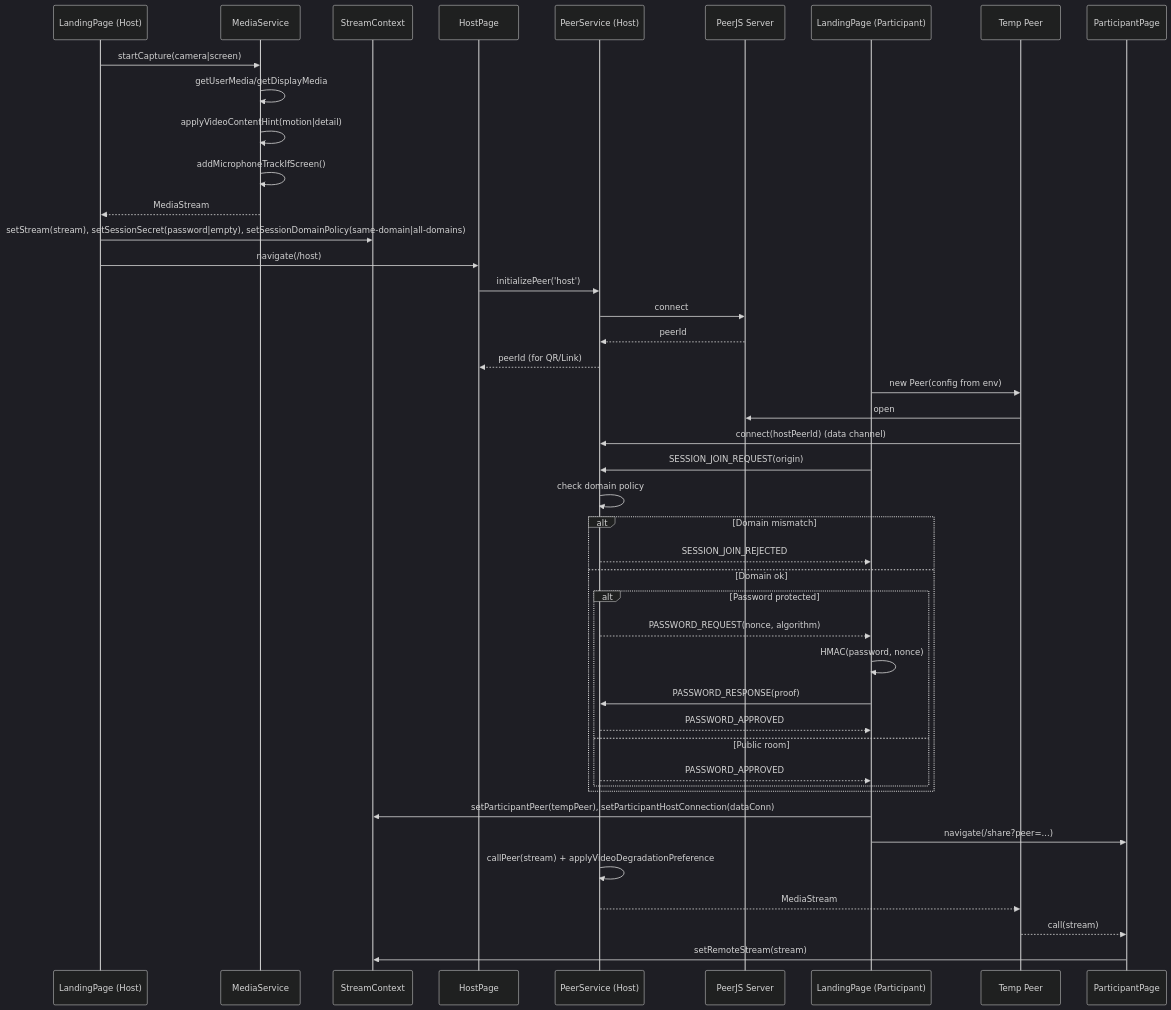
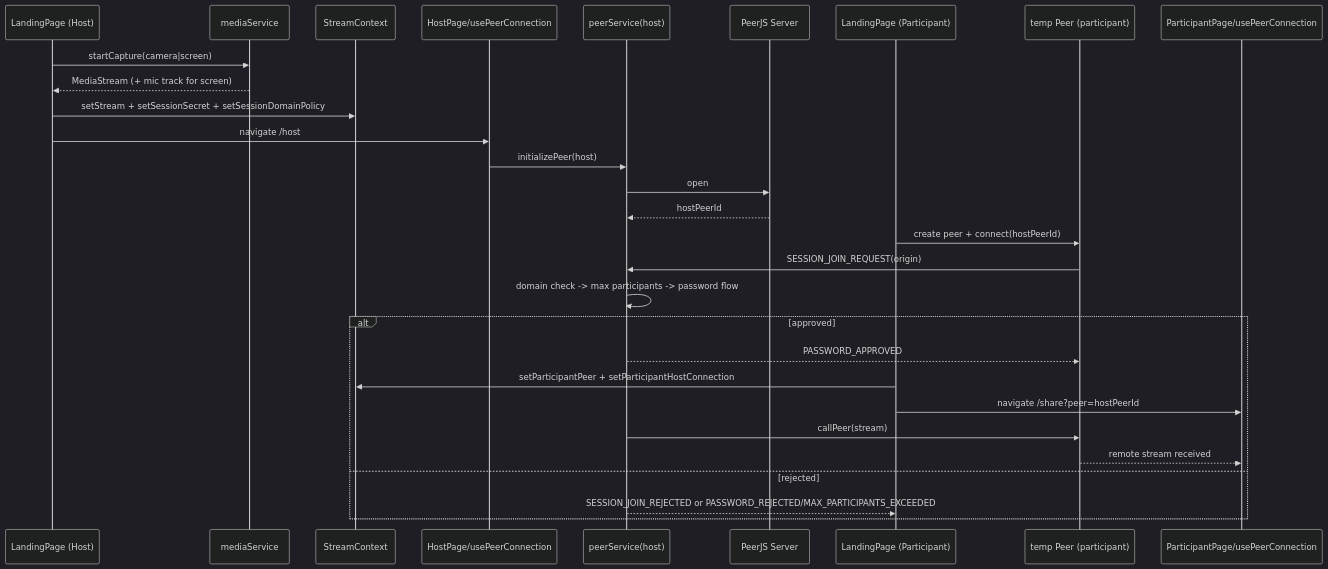
Before and after one commit to BackGwa/Perspective: the second of 6 diagrams in ARCHITECTURE.md, drawn with Mermaid (dark theme). The commit also changed other lines of this file, not shown here.

Commit message:
docs: simplify architecture diagrams while preserving core flows

````diff
--- a/ARCHITECTURE.md
+++ b/ARCHITECTURE.md
@@ -8,51 +26,33 @@
 ```mermaid
 sequenceDiagram
-    participant HostLP as LandingPage (Host)
-    participant MS as MediaService
-    participant SC as StreamContext
-    participant HostPage as HostPage
-    participant PS as PeerService (Host)
-    participant Server as PeerJS Server
-    participant PartLP as LandingPage (Participant)
-    participant PPeer as Temp Peer
-    participant PartPage as ParticipantPage
+    participant L as LandingPage (Host)
+    participant M as mediaService
+    participant S as StreamContext
+    participant H as HostPage/usePeerConnection
+    participant P as peerService(host)
+    participant J as PeerJS Server
+    participant PL as LandingPage (Participant)
+    participant TP as temp Peer (participant)
+    participant PP as ParticipantPage/usePeerConnection
 
-    HostLP->>MS: startCapture(camera|screen)
-    MS->>MS: getUserMedia/getDisplayMedia
-    MS->>MS: applyVideoContentHint(motion|detail)
-    MS->>MS: addMicrophoneTrackIfScreen()
-    MS-->>HostLP: MediaStream
-    HostLP->>SC: setStream(stream), setSessionSecret(password|empty), setSessionDomainPolicy(same-domain|all-domains)
-    HostLP->>HostPage: navigate(/host)
+    L->>M: startCapture(camera|screen)
+    M-->>L: MediaStream (+ mic track for screen)
+    L->>S: setStream + setSessionSecret + setSessionDomainPolicy
+    L->>H: navigate /host
+    H->>P: initializePeer(host)
+    P->>J: open
+    J-->>P: hostPeerId
 
-    HostPage->>PS: initializePeer('host')
-    PS->>Server: connect
-    Server-->>PS: peerId
-    PS-->>HostPage: peerId (for QR/Link)
-
-    PartLP->>PPeer: new Peer(config from env)
-    PPeer->>Server: open
-    PPeer->>PS: connect(hostPeerId) (data channel)
-    PartLP->>PS: SESSION_JOIN_REQUEST(origin)
-    PS->>PS: check domain policy
-
-    alt Domain mismatch
-        PS-->>PartLP: SESSION_JOIN_REJECTED
-    else Domain ok
-        alt Password protected
-            PS-->>PartLP: PASSWORD_REQUEST(nonce, algorithm)
-            PartLP->>PartLP: HMAC(password, nonce)
-            PartLP->>PS: PASSWORD_RESPONSE(proof)
-            PS-->>PartLP: PASSWORD_APPROVED
-        else Public room
-            PS-->>PartLP: PASSWORD_APPROVED
-        end
+    PL->>TP: create peer + connect(hostPeerId)
+    TP->>P: SESSION_JOIN_REQUEST(origin)
+    P->>P: domain check -> max participants -> password flow
+    alt approved
+        P-->>TP: PASSWORD_APPROVED
+        PL->>S: setParticipantPeer + setParticipantHostConnection
+        PL->>PP: navigate /share?peer=hostPeerId
+        P->>TP: callPeer(stream)
+        TP-->>PP: remote stream received
+    else rejected
+        P-->>PL: SESSION_JOIN_REJECTED or PASSWORD_REJECTED/MAX_PARTICIPANTS_EXCEEDED
     end
-
-    PartLP->>SC: setParticipantPeer(tempPeer), setParticipantHostConnection(dataConn)
-    PartLP->>PartPage: navigate(/share?peer=...)
-    PS->>PS: callPeer(stream) + applyVideoDegradationPreference
-    PS-->>PPeer: MediaStream
-    PPeer-->>PartPage: call(stream)
-    PartPage->>SC: setRemoteStream(stream)
 ```
````
